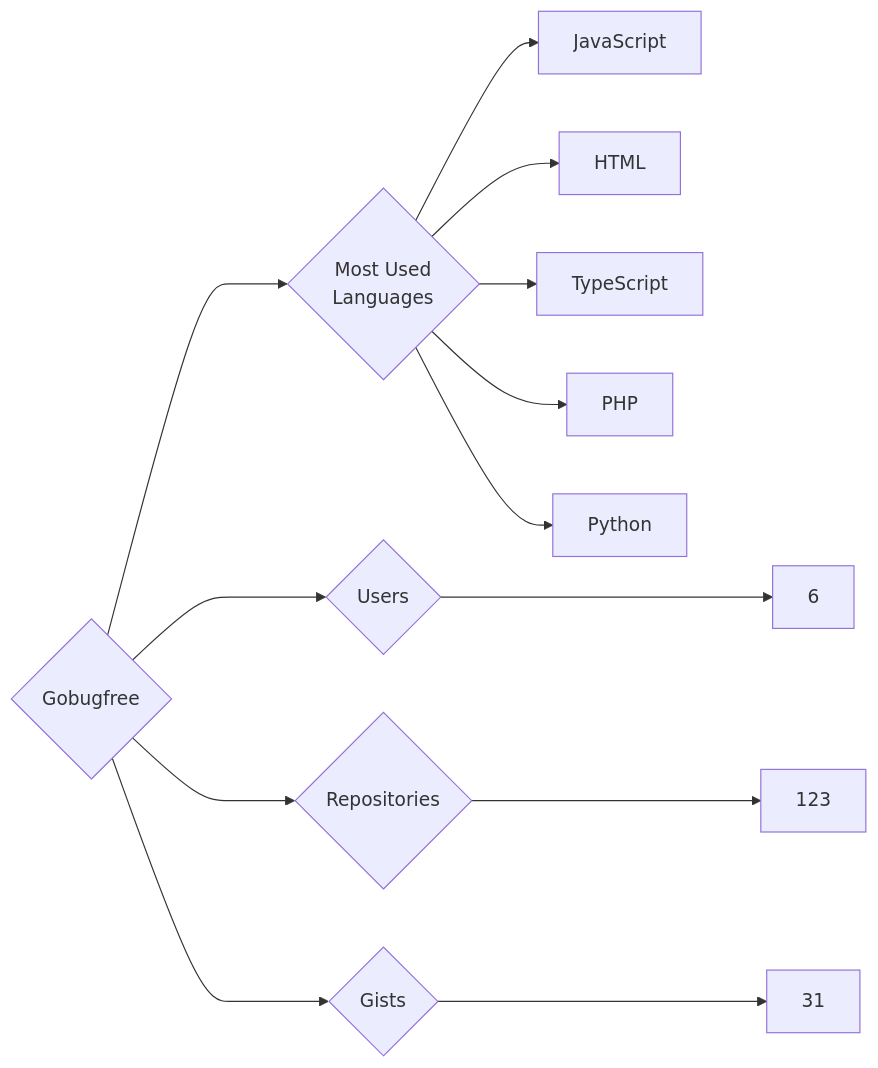
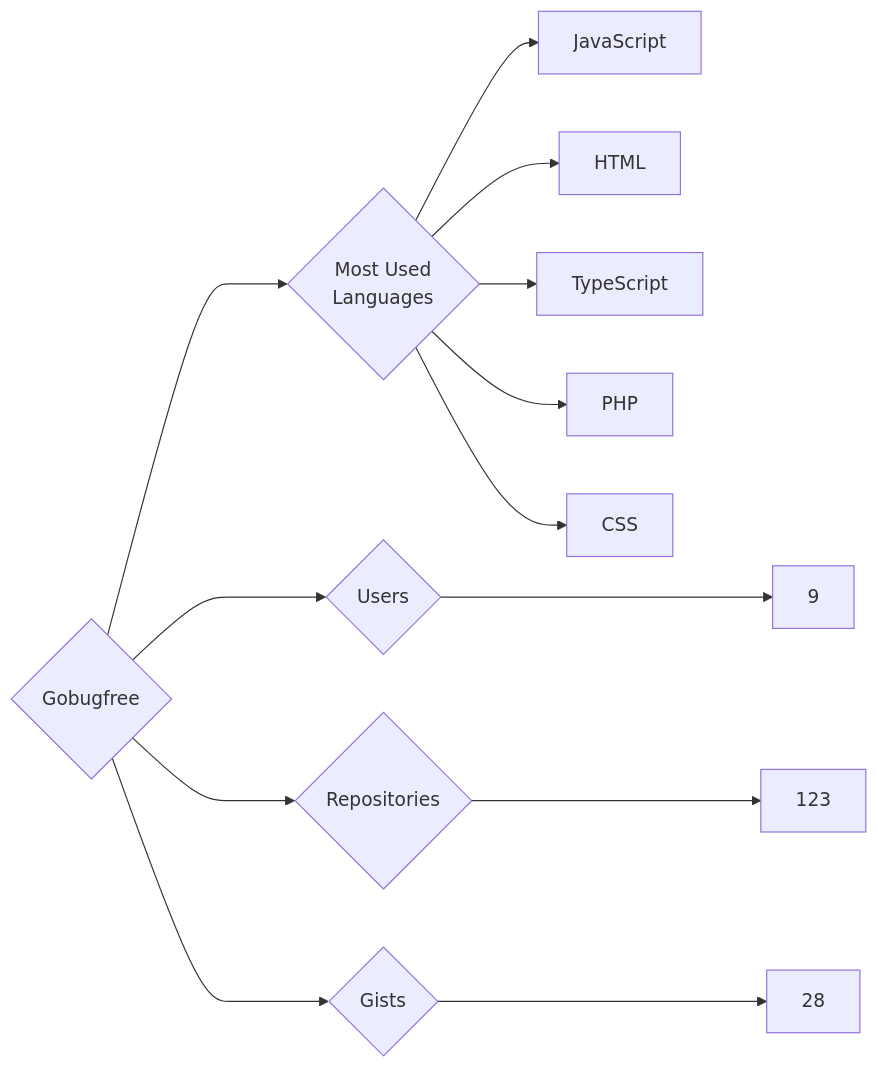
Before and after one commit to trickest/insiders: the diagram in targets/Gobugfree/README.md, drawn with Mermaid. The commit also changed 1238 other files, not shown here.

````diff
--- a/targets/Gobugfree/README.md
+++ b/targets/Gobugfree/README.md
@@ -3,13 +3,13 @@
 ```mermaid
 graph LR
 COMPANY_NAME{Gobugfree}
-COMPANY_NAME ---> U{Users} ---> UN[6]
+COMPANY_NAME ---> U{Users} ---> UN[9]
 COMPANY_NAME ---> R{Repositories} ---> RN[123]
-COMPANY_NAME ---> G{Gists} ---> GN[31]
+COMPANY_NAME ---> G{Gists} ---> GN[28]
 COMPANY_NAME ---> ML{Most Used<br>Languages}
 ML --> JavaScript[JavaScript]
 ML --> HTML[HTML]
 ML --> TypeScript[TypeScript]
 ML --> PHP[PHP]
-ML --> Python[Python]
+ML --> CSS[CSS]
 ```
````
